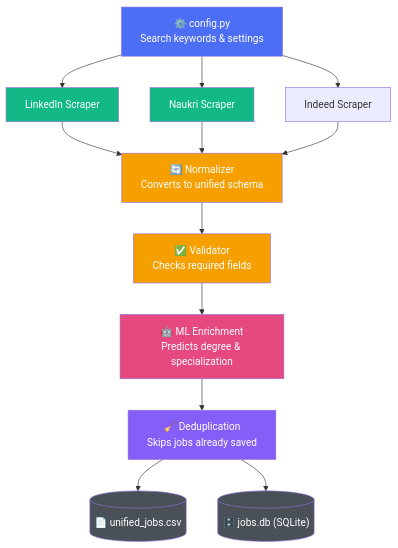
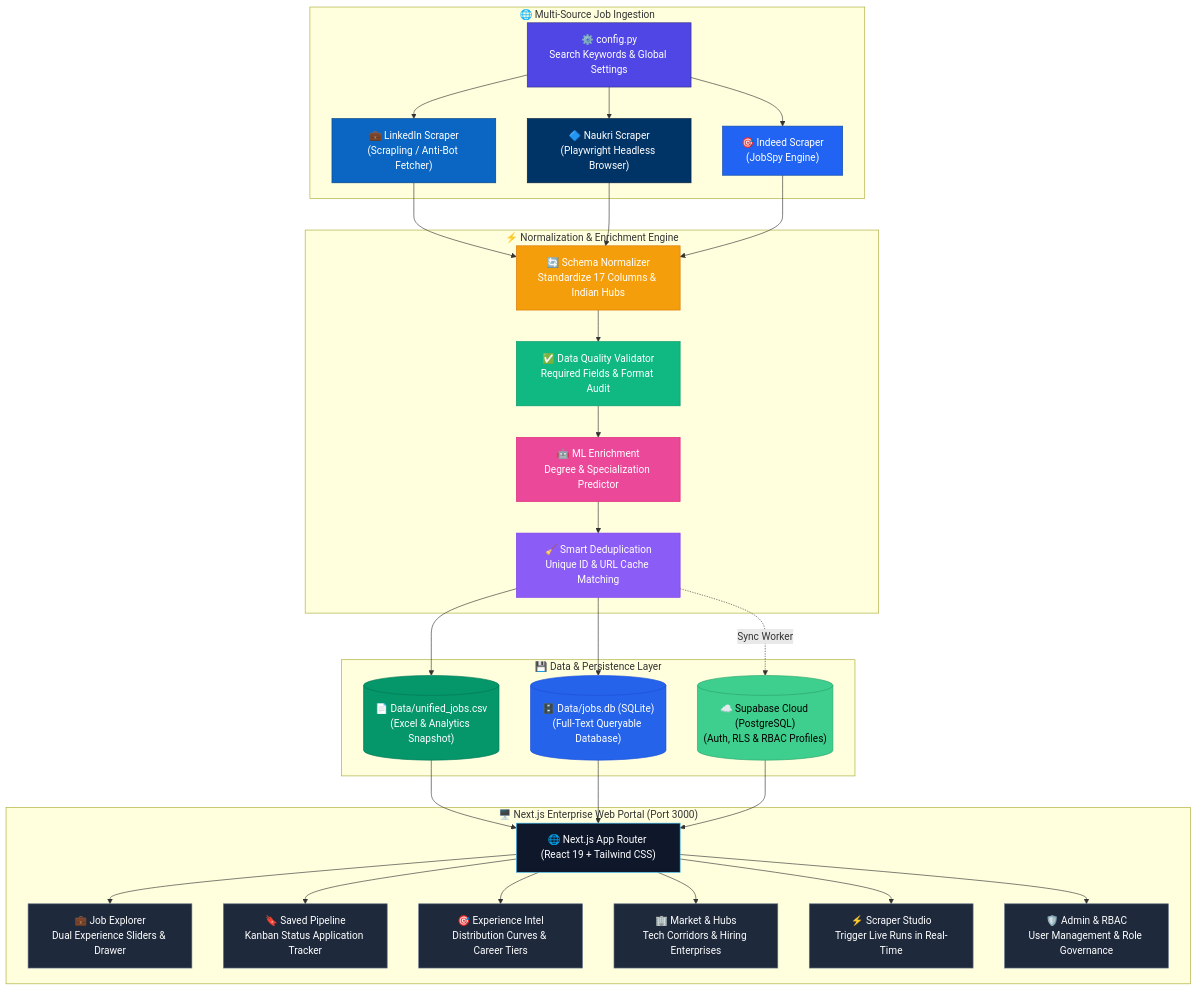
Before and after one commit to Kokss28/Job_Scraper: the diagram in README.md, drawn with Mermaid. The commit also changed other lines of this file and 5 other files, not shown here.

Commit message:
docs: update README with diagram and screenshots, configure web dashboard

````diff
--- a/README.md
+++ b/README.md
@@ -33,27 +39,76 @@
 ```mermaid
 flowchart TD
-    A["⚙️ config.py<br/>Search keywords & settings"] --> B["LinkedIn Scraper"]
-    A --> C["Naukri Scraper"]
-    A --> J["Indeed Scraper"]
+    subgraph SOURCING ["🌐 Multi-Source Job Ingestion"]
+        CFG["⚙️ config.py<br/>Search Keywords & Global Settings"]
+        LI["💼 LinkedIn Scraper<br/>(Scrapling / Anti-Bot Fetcher)"]
+        NK["🔷 Naukri Scraper<br/>(Playwright Headless Browser)"]
+        IN["🎯 Indeed Scraper<br/>(JobSpy Engine)"]
+        CFG --> LI
+        CFG --> NK
+        CFG --> IN
+    end
 
-    B --> D["🔄 Normalizer<br/>Converts to unified schema"]
-    C --> D
-    J --> D
+    subgraph PROCESSING ["⚡ Normalization & Enrichment Engine"]
+        NORM["🔄 Schema Normalizer<br/>Standardize 17 Columns & Indian Hubs"]
+        VAL["✅ Data Quality Validator<br/>Required Fields & Format Audit"]
+        ML["🤖 ML Enrichment<br/>Degree & Specialization Predictor"]
+        DEDUP["🧹 Smart Deduplication<br/>Unique ID & URL Cache Matching"]
+        
+        LI --> NORM
+        NK --> NORM
+        IN --> NORM
+        NORM --> VAL
+        VAL --> ML
+        ML --> DEDUP
+    end
 
-    D --> E["✅ Validator<br/>Checks required fields"]
-    E --> F["🤖 ML Enrichment<br/>Predicts degree & specialization"]
-    F --> G["🧹 Deduplication<br/>Skips jobs already saved"]
+    subgraph STORAGE ["💾 Data & Persistence Layer"]
+        CSV[("📄 Data/unified_jobs.csv<br/>(Excel & Analytics Snapshot)")]
+        SQL[("🗄️ Data/jobs.db (SQLite)<br/>(Full-Text Queryable Database)")]
+        SUPA[("☁️ Supabase Cloud (PostgreSQL)<br/>(Auth, RLS & RBAC Profiles)")]
+        
+        DEDUP --> CSV
+        DEDUP --> SQL
+        DEDUP -.->|Sync Worker| SUPA
+    end
 
-    G --> H[("📄 unified_jobs.csv")]
-    G --> I[("🗄️ jobs.db (SQLite)")]
+    subgraph WEBAPP ["🖥️ Next.js Enterprise Web Portal (Port 3000)"]
+        PORTAL["🌐 Next.js App Router (React 19 + Tailwind CSS)"]
+        CSV --> PORTAL
+        SQL --> PORTAL
+        SUPA --> PORTAL
 
-    style A fill:#4C6EF5,color:#fff
-    style B fill:#12B886,color:#fff
-    style C fill:#12B886,color:#fff
-    style D fill:#F59F00,color:#fff
-    style E fill:#F59F00,color:#fff
-    style F fill:#E64980,color:#fff
-    style G fill:#845EF7,color:#fff
-    style H fill:#495057,color:#fff
-    style I fill:#495057,color:#fff
+        P1["💼 Job Explorer<br/>Dual Experience Sliders & Drawer"]
+        P2["🔖 Saved Pipeline<br/>Kanban Status Application Tracker"]
+        P3["🎯 Experience Intel<br/>Distribution Curves & Career Tiers"]
+        P4["🏢 Market & Hubs<br/>Tech Corridors & Hiring Enterprises"]
+        P5["⚡ Scraper Studio<br/>Trigger Live Runs in Real-Time"]
+        P6["🛡️ Admin & RBAC<br/>User Management & Role Governance"]
+
+        PORTAL --> P1
+        PORTAL --> P2
+        PORTAL --> P3
+        PORTAL --> P4
+        PORTAL --> P5
+        PORTAL --> P6
+    end
+
+    style CFG fill:#4F46E5,color:#fff,stroke:#312E81
+    style LI fill:#0A66C2,color:#fff,stroke:#004182
+    style NK fill:#003366,color:#fff,stroke:#001F3F
+    style IN fill:#2164f3,color:#fff,stroke:#0d47a1
+    style NORM fill:#F59E0B,color:#fff,stroke:#D97706
+    style VAL fill:#10B981,color:#fff,stroke:#059669
+    style ML fill:#EC4899,color:#fff,stroke:#DB2777
+    style DEDUP fill:#8B5CF6,color:#fff,stroke:#7C3AED
+    style CSV fill:#059669,color:#fff,stroke:#047857
+    style SQL fill:#2563EB,color:#fff,stroke:#1D4ED8
+    style SUPA fill:#3ECF8E,color:#000,stroke:#2BA36D
+    style PORTAL fill:#0F172A,color:#fff,stroke:#38BDF8
+    style P1 fill:#1E293B,color:#fff,stroke:#64748B
+    style P2 fill:#1E293B,color:#fff,stroke:#64748B
+    style P3 fill:#1E293B,color:#fff,stroke:#64748B
+    style P4 fill:#1E293B,color:#fff,stroke:#64748B
+    style P5 fill:#1E293B,color:#fff,stroke:#64748B
+    style P6 fill:#1E293B,color:#fff,stroke:#64748B
 ```
````
